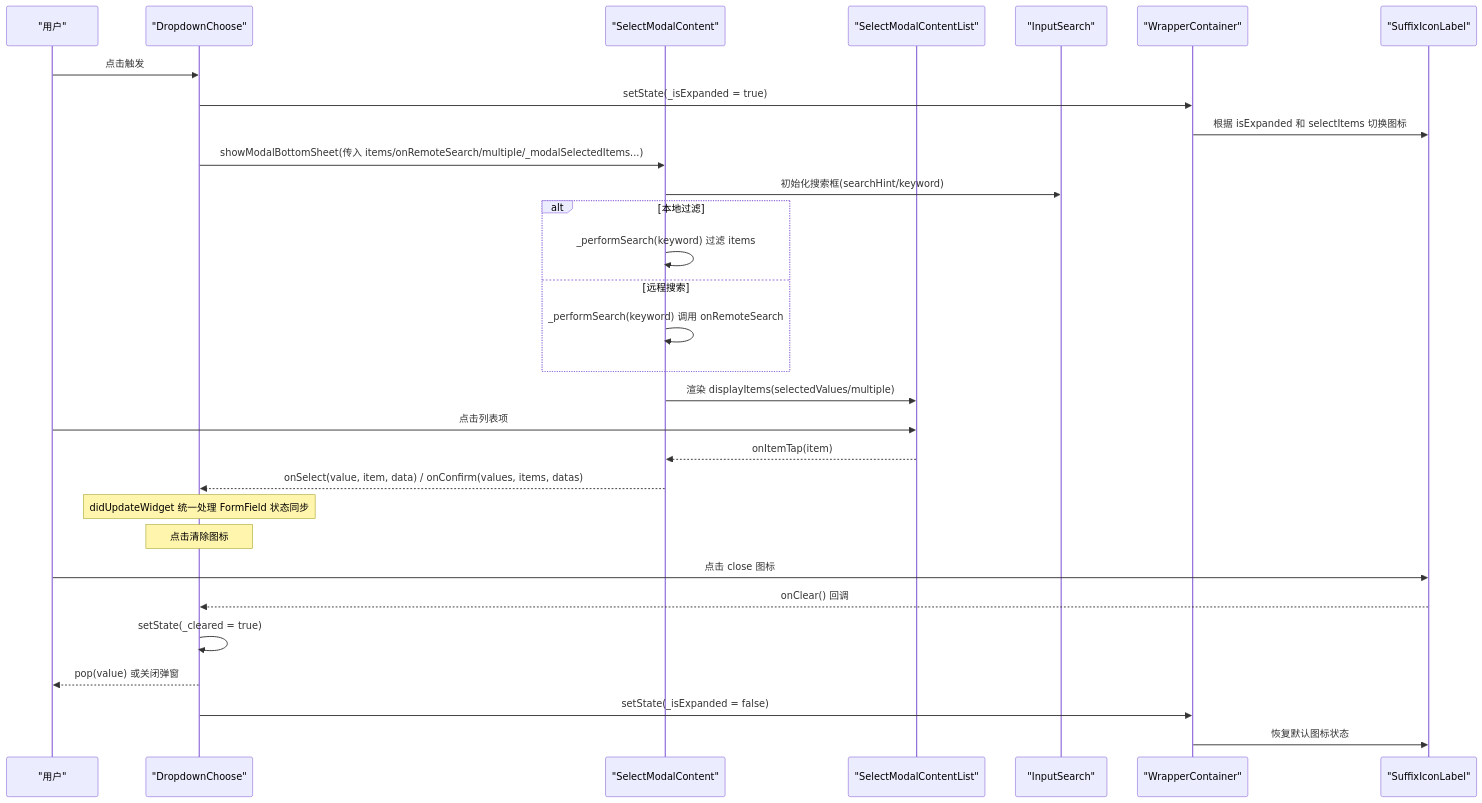
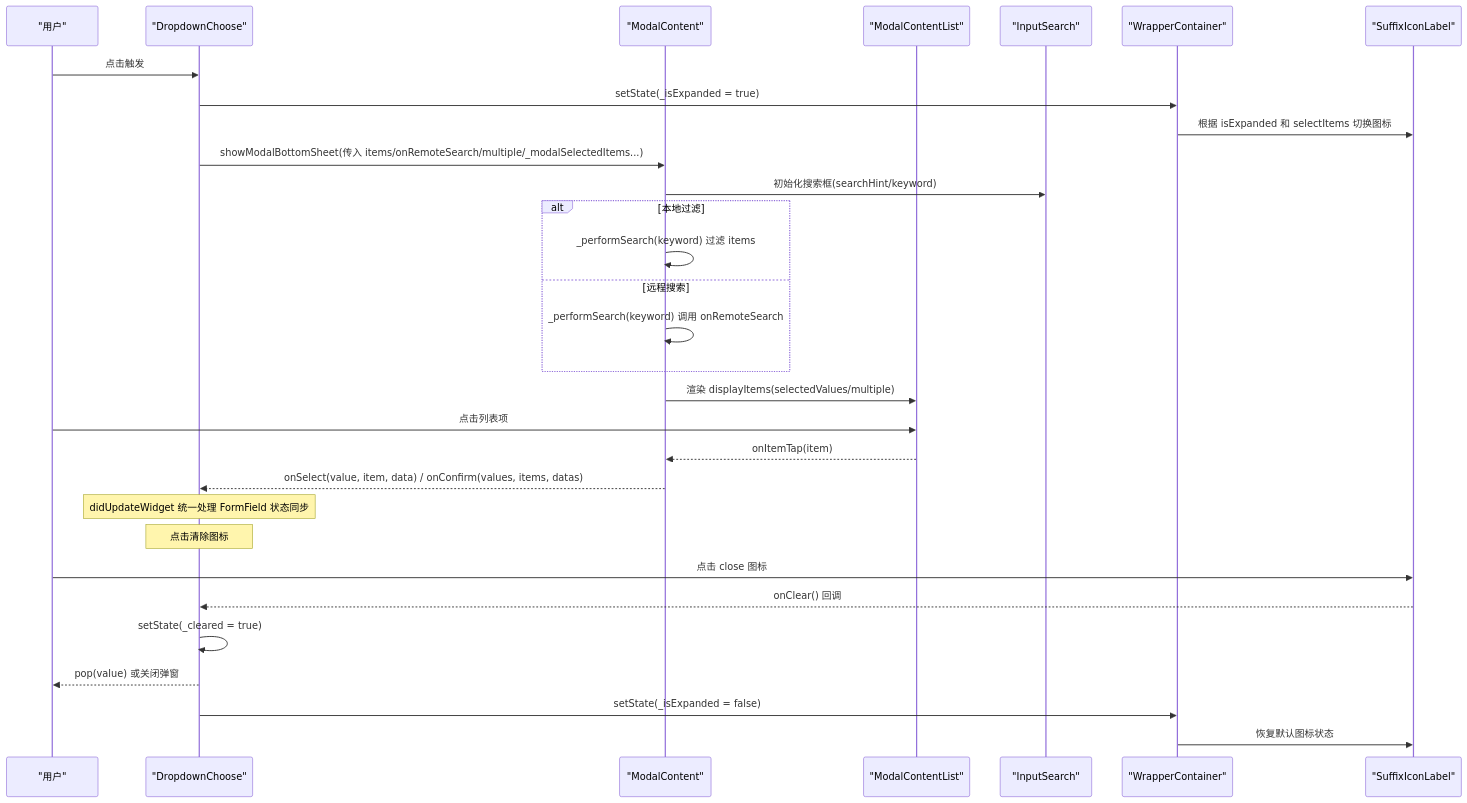
The second of 3 diagrams in .qoder/repowiki/zh/content/API 参考/高级组件 API/DropdownChoose 下拉选择器 API.md (yuzhido/lite-ui), drawn with Mermaid before and after one commit. The commit also changed other lines of this file and 16 other files, not shown here.

````diff
--- a/.qoder/repowiki/zh/content/API 参考/高级组件 API/DropdownChoose 下拉选择器 API.md
+++ b/.qoder/repowiki/zh/content/API 参考/高级组件 API/DropdownChoose 下拉选择器 API.md
@@ -98,32 +107,32 @@
 ```mermaid
 sequenceDiagram
 participant U as "用户"
 participant DC as "DropdownChoose"
-participant SM as "SelectModalContent"
-participant L as "SelectModalContentList"
+participant SM as "ModalContent"
+participant L as "ModalContentList"
 participant S as "InputSearch"
 participant W as "WrapperContainer"
 participant I as "SuffixIconLabel"
 U->>DC : 点击触发
 DC->>W : setState(_isExpanded = true)
 W->>I : 根据 isExpanded 和 selectItems 切换图标
 DC->>SM : showModalBottomSheet(传入 items/onRemoteSearch/multiple/_modalSelectedItems...)
 SM->>S : 初始化搜索框(searchHint/keyword)
 alt 本地过滤
 SM->>SM : _performSearch(keyword) 过滤 items
 else 远程搜索
 SM->>SM : _performSearch(keyword) 调用 onRemoteSearch
 end
 SM->>L : 渲染 displayItems(selectedValues/multiple)
 U->>L : 点击列表项
 L-->>SM : onItemTap(item)
 SM-->>DC : onSelect(value, item, data) / onConfirm(values, items, datas)
 Note over DC : didUpdateWidget 统一处理 FormField 状态同步
 Note over DC : 点击清除图标
 U->>I : 点击 close 图标
 I-->>DC : onClear() 回调
 DC->>DC : setState(_cleared = true)
 DC-->>U : pop(value) 或关闭弹窗
 DC->>W : setState(_isExpanded = false)
 W->>I : 恢复默认图标状态
 ```
````
